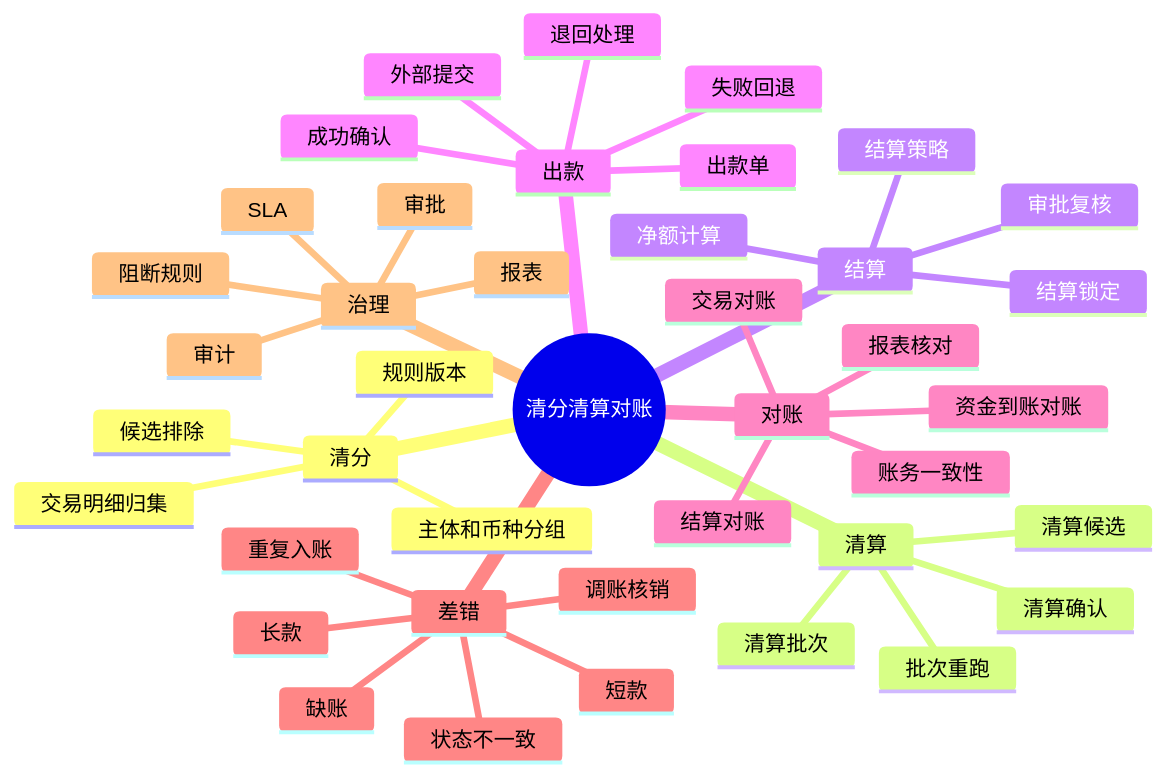
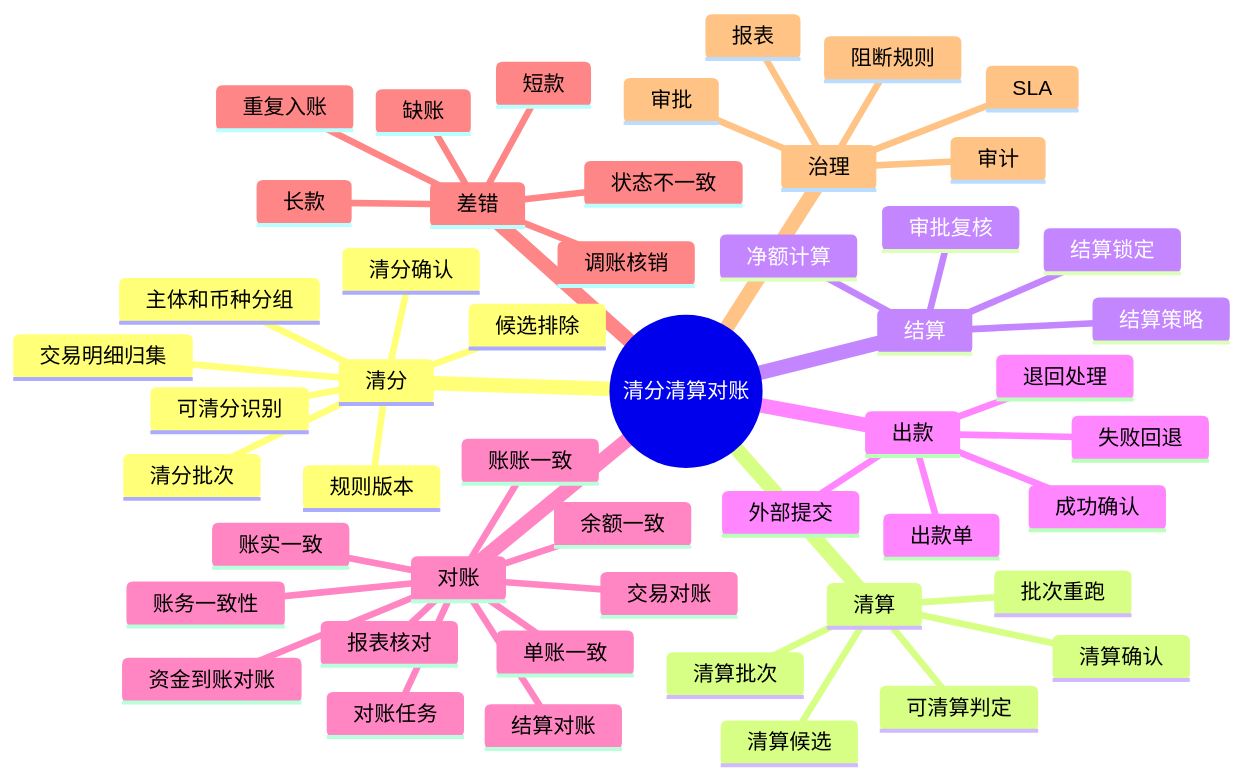
The first of 13 diagrams in docs/产品设计/03-清结算与对账.md (fengwuxp/wind-funds), drawn with Mermaid before and after one commit. The commit also changed other lines of this file and 16 other files, not shown here.

````diff
--- a/docs/产品设计/03-清结算与对账.md
+++ b/docs/产品设计/03-清结算与对账.md
@@ -43,44 +47,53 @@
 ```mermaid
 mindmap
   root((清分清算对账))
     清分
+      可清分识别
       交易明细归集
       主体和币种分组
+      清分批次
+      清分确认
       规则版本
       候选排除
     清算
       清算候选
+      可清算判定
       清算批次
       清算确认
       批次重跑
     结算
       结算策略
       净额计算
       审批复核
       结算锁定
     出款
       出款单
       外部提交
       成功确认
       失败回退
       退回处理
     对账
       交易对账
       资金到账对账
       账务一致性
       结算对账
+      账实一致
+      账账一致
+      单账一致
+      余额一致
+      对账任务
       报表核对
     差错
       长款
       短款
       状态不一致
       重复入账
       缺账
       调账核销
     治理
       阻断规则
       审批
       审计
       报表
       SLA
 ```
````
